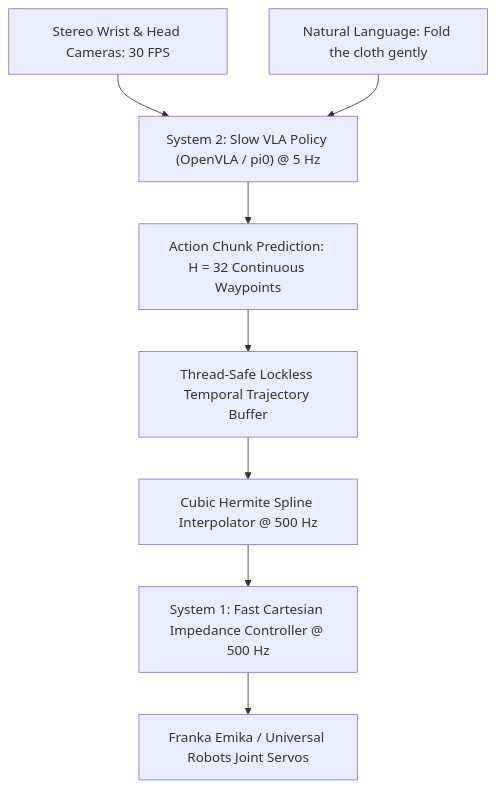
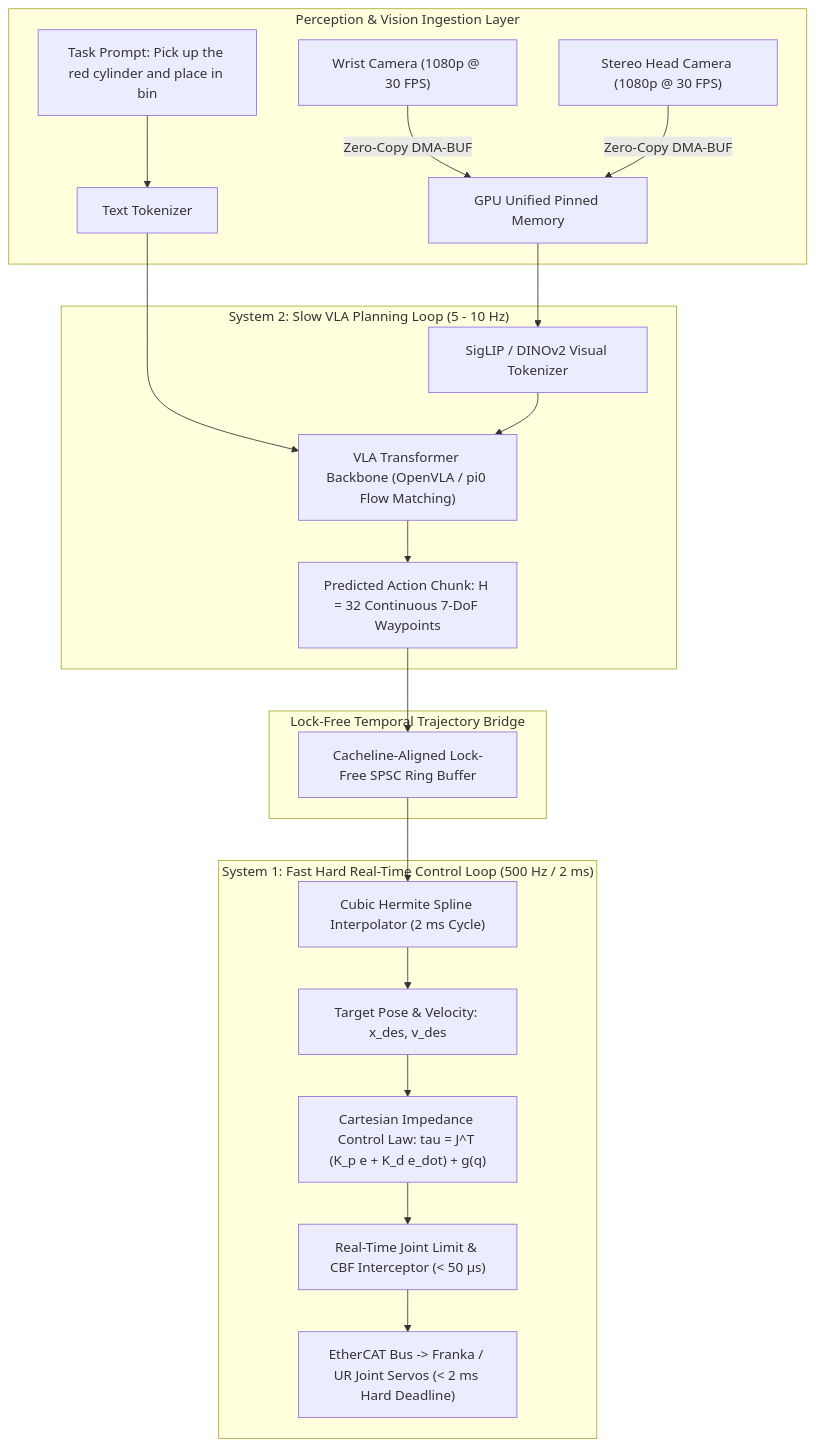
The diagram in topics/vla-and-physical-ai-robotics/02-production-pipeline-and-workarounds.md (sergiomh499/cv-projects), drawn with Mermaid before and after one commit. The commit also changed other lines of this file and 41 other files, not shown here.

Commit message:
docs(vault): deep expansion across 20 topic production pipelines, 2025-2026 architectures (RF-DETR, Qwen2.5-VL, MambaVision), and complete taxonomy matrices

````diff
--- a/topics/vla-and-physical-ai-robotics/02-production-pipeline-and-workarounds.md
+++ b/topics/vla-and-physical-ai-robotics/02-production-pipeline-and-workarounds.md
@@ -29,10 +36,27 @@
 ```mermaid
 flowchart TD
-    Camera["Stereo Wrist & Head Cameras: 30 FPS"] --> VLA["System 2: Slow VLA Policy (OpenVLA / pi0) @ 5 Hz"]
-    TaskPrompt["Natural Language: Fold the cloth gently"] --> VLA
-    VLA --> Chunk["Action Chunk Prediction: H = 32 Continuous Waypoints"]
-    Chunk --> TemporalQueue["Thread-Safe Lockless Temporal Trajectory Buffer"]
-    TemporalQueue --> Spline["Cubic Hermite Spline Interpolator @ 500 Hz"]
-    Spline --> LowLevel["System 1: Fast Cartesian Impedance Controller @ 500 Hz"]
-    LowLevel --> RobotHardware["Franka Emika / Universal Robots Joint Servos"]
+    subgraph "Perception & Vision Ingestion Layer"
+        WristCam["Wrist Camera (1080p @ 30 FPS)"] -->|"Zero-Copy DMA-BUF"| GPUBuffer["GPU Unified Pinned Memory"]
+        HeadCam["Stereo Head Camera (1080p @ 30 FPS)"] -->|"Zero-Copy DMA-BUF"| GPUBuffer
+        TaskPrompt["Task Prompt: Pick up the red cylinder and place in bin"] --> LLMTokenizer["Text Tokenizer"]
+    end
+
+    subgraph "System 2: Slow VLA Planning Loop (5 - 10 Hz)"
+        GPUBuffer --> VisionEncoder["SigLIP / DINOv2 Visual Tokenizer"]
+        LLMTokenizer --> VLATransformer["VLA Transformer Backbone (OpenVLA / pi0 Flow Matching)"]
+        VisionEncoder --> VLATransformer
+        VLATransformer --> ActionChunk["Predicted Action Chunk: H = 32 Continuous 7-DoF Waypoints"]
+    end
+
+    subgraph "Lock-Free Temporal Trajectory Bridge"
+        ActionChunk --> SPSCQueue["Cacheline-Aligned Lock-Free SPSC Ring Buffer"]
+    end
+
+    subgraph "System 1: Fast Hard Real-Time Control Loop (500 Hz / 2 ms)"
+        SPSCQueue --> SplineInterp["Cubic Hermite Spline Interpolator (2 ms Cycle)"]
+        SplineInterp --> DesiredState["Target Pose & Velocity: x_des, v_des"]
+        DesiredState --> ImpedanceCtrl["Cartesian Impedance Control Law: tau = J^T (K_p e + K_d e_dot) + g(q)"]
+        ImpedanceCtrl --> CBFSafety["Real-Time Joint Limit & CBF Interceptor (< 50 µs)"]
+        CBFSafety --> Fieldbus["EtherCAT Bus -> Franka / UR Joint Servos (< 2 ms Hard Deadline)"]
+    end
 ```
````
